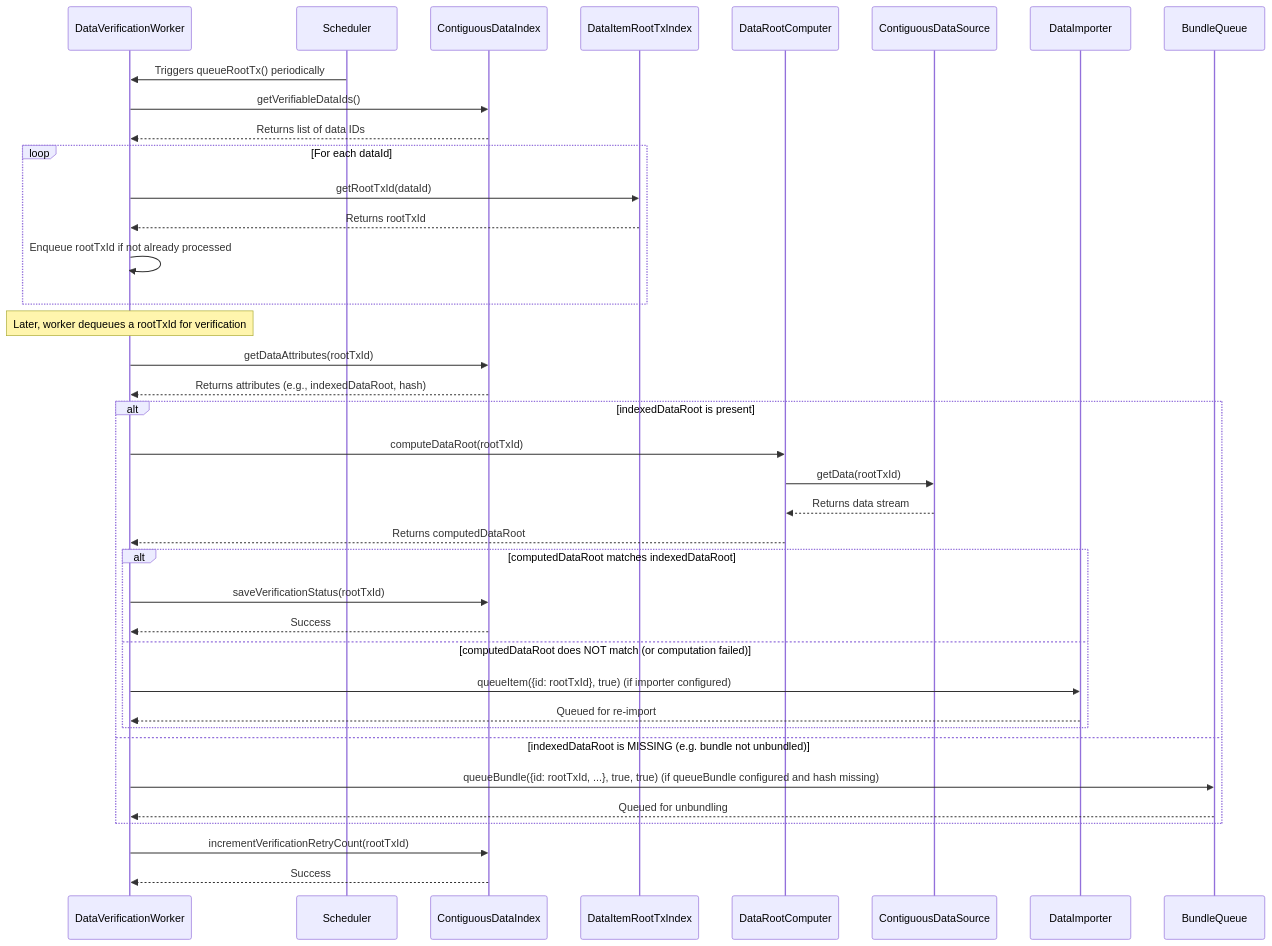
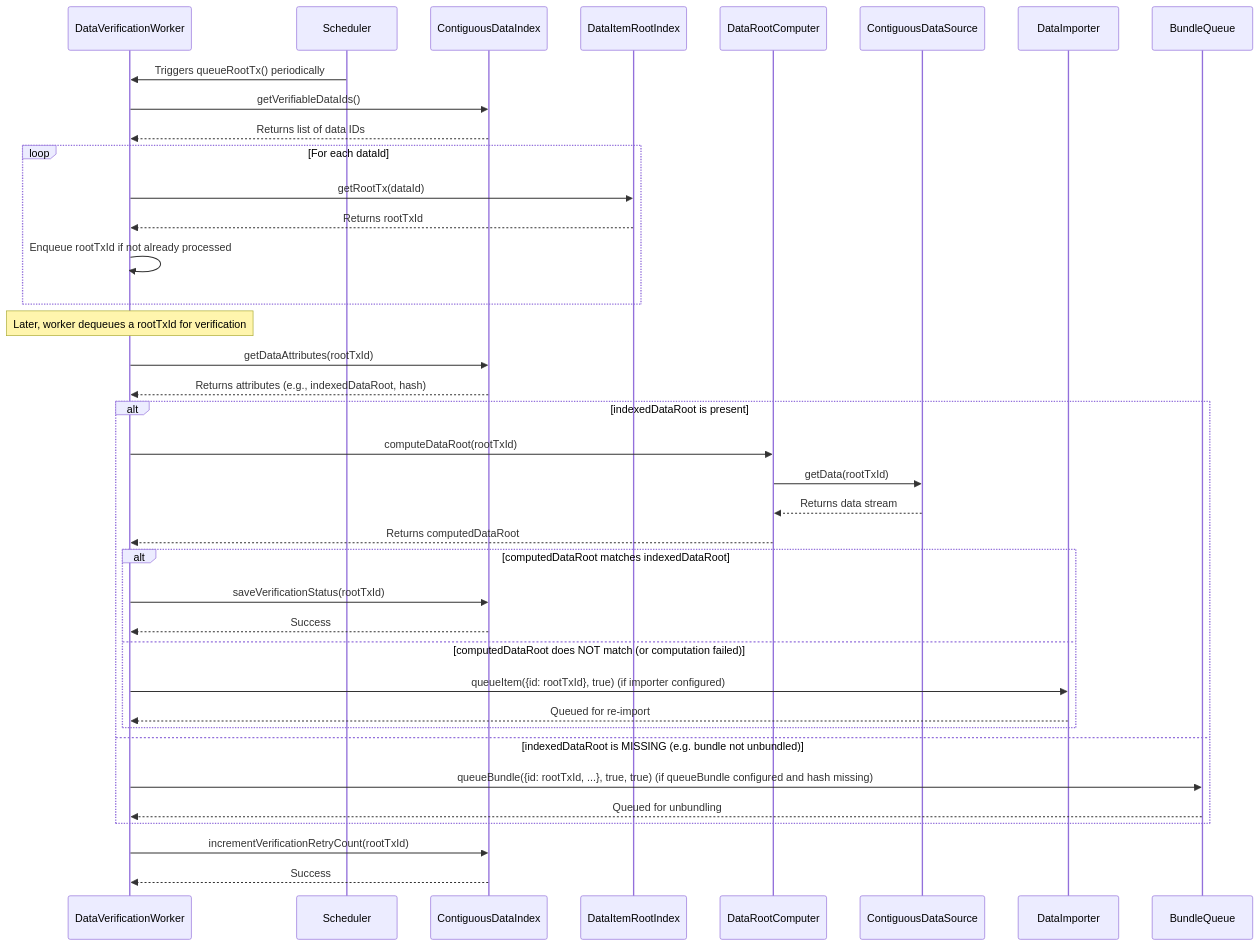
One commit to ar-io/ar-io-node changed the first of 2 diagrams in docs/drafts/data-verification.md. Above: the diagram before and after it, drawn with Mermaid. The commit also changed other lines of this file and 11 other files, not shown here.

First line of the commit message:
refactor: rename DataItemRootTxIndex to DataItemRootIndex and remove DB implementation

````diff
--- a/docs/drafts/data-verification.md
+++ b/docs/drafts/data-verification.md
@@ -122,44 +122,44 @@
 ```mermaid
 sequenceDiagram
     participant Worker as DataVerificationWorker
     participant Scheduler
     participant ContigIndex as ContiguousDataIndex
-    participant RootTxIndex as DataItemRootTxIndex
+    participant RootTxIndex as DataItemRootIndex
     participant DataRootComp as DataRootComputer
     participant DataSource as ContiguousDataSource
     participant Importer as DataImporter
     participant Bundler as BundleQueue
 
     Scheduler->>Worker: Triggers queueRootTx() periodically
     Worker->>ContigIndex: getVerifiableDataIds()
     ContigIndex-->>Worker: Returns list of data IDs
     loop For each dataId
-        Worker->>RootTxIndex: getRootTxId(dataId)
+        Worker->>RootTxIndex: getRootTx(dataId)
         RootTxIndex-->>Worker: Returns rootTxId
         Worker->>Worker: Enqueue rootTxId if not already processed
     end
 
     Note over Worker: Later, worker dequeues a rootTxId for verification
     Worker->>ContigIndex: getDataAttributes(rootTxId)
     ContigIndex-->>Worker: Returns attributes (e.g., indexedDataRoot, hash)
 
     alt indexedDataRoot is present
         Worker->>DataRootComp: computeDataRoot(rootTxId)
         DataRootComp->>DataSource: getData(rootTxId)
         DataSource-->>DataRootComp: Returns data stream
         DataRootComp-->>Worker: Returns computedDataRoot
 
         alt computedDataRoot matches indexedDataRoot
             Worker->>ContigIndex: saveVerificationStatus(rootTxId)
             ContigIndex-->>Worker: Success
         else computedDataRoot does NOT match (or computation failed)
             Worker->>Importer: queueItem({id: rootTxId}, true) (if importer configured)
             Importer-->>Worker: Queued for re-import
         end
     else indexedDataRoot is MISSING (e.g. bundle not unbundled)
         Worker->>Bundler: queueBundle({id: rootTxId, ...}, true, true) (if queueBundle configured and hash missing)
         Bundler-->>Worker: Queued for unbundling
     end
     Worker->>ContigIndex: incrementVerificationRetryCount(rootTxId)
     ContigIndex-->>Worker: Success
 ```
````
